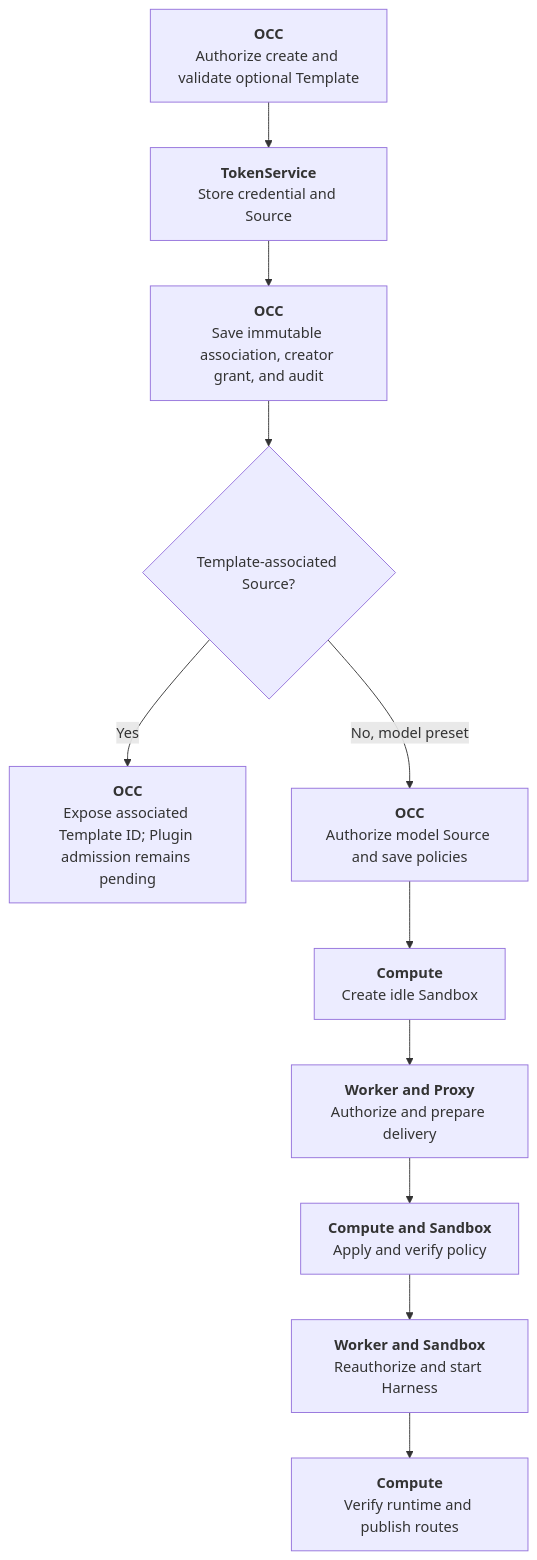
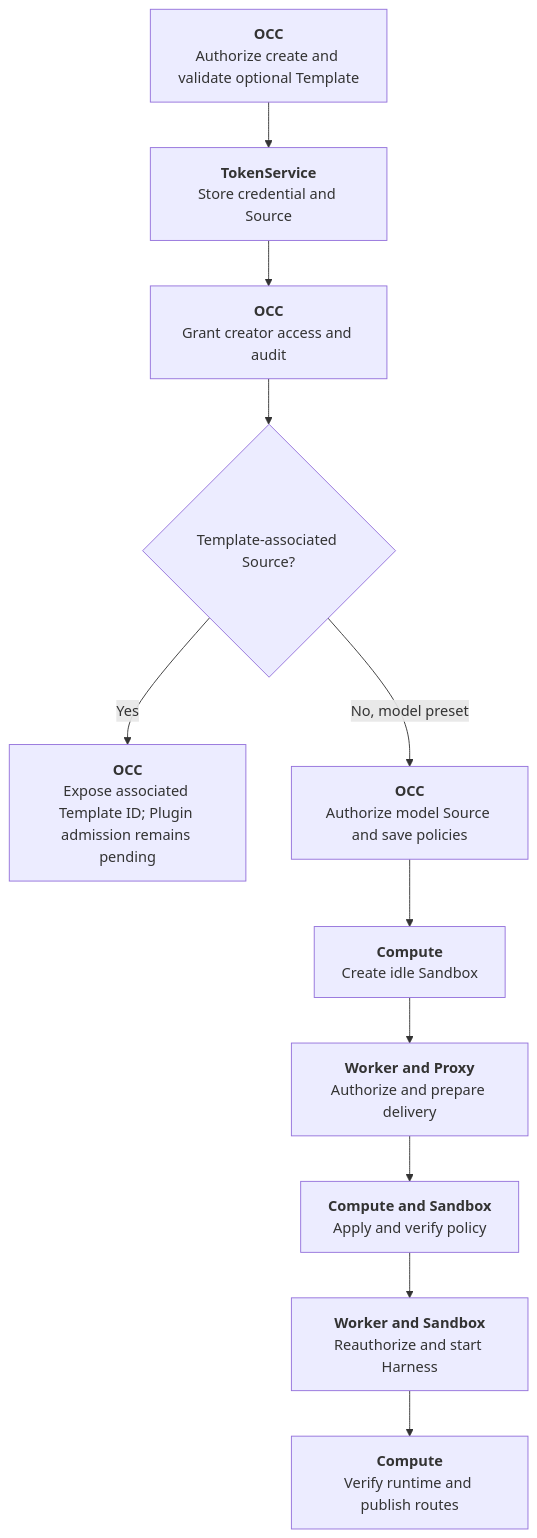
The diagram in docs/flows/credential-source-lifecycle.md (openclaw/openclaw-enterprise), drawn with Mermaid before and after one commit. The commit also changed other lines of this file and 111 other files, not shown here.

````diff
--- a/docs/flows/credential-source-lifecycle.md
+++ b/docs/flows/credential-source-lifecycle.md
@@ -23,13 +23,13 @@
 ```mermaid
 graph TD
   Select["<b>OCC</b><br/>Authorize create and validate optional Template"] --> Register["<b>TokenService</b><br/>Store credential and Source"]
-  Register --> Associate["<b>OCC</b><br/>Save immutable association, creator grant, and audit"]
+  Register --> Associate["<b>OCC</b><br/>Grant creator access and audit"]
   Associate --> Kind{"Template-associated Source?"}
   Kind -->|Yes| Discover["<b>OCC</b><br/>Expose associated Template ID; Plugin admission remains pending"]
   Kind -->|No, model preset| Admit["<b>OCC</b><br/>Authorize model Source and save policies"]
   Admit --> Target["<b>Compute</b><br/>Create idle Sandbox"]
   Target --> Delivery["<b>Worker and Proxy</b><br/>Authorize and prepare delivery"]
   Delivery --> Ready["<b>Compute and Sandbox</b><br/>Apply and verify policy"]
   Ready --> Activate["<b>Worker and Sandbox</b><br/>Reauthorize and start Harness"]
   Activate --> Traffic["<b>Compute</b><br/>Verify runtime and publish routes"]
 ```
````
